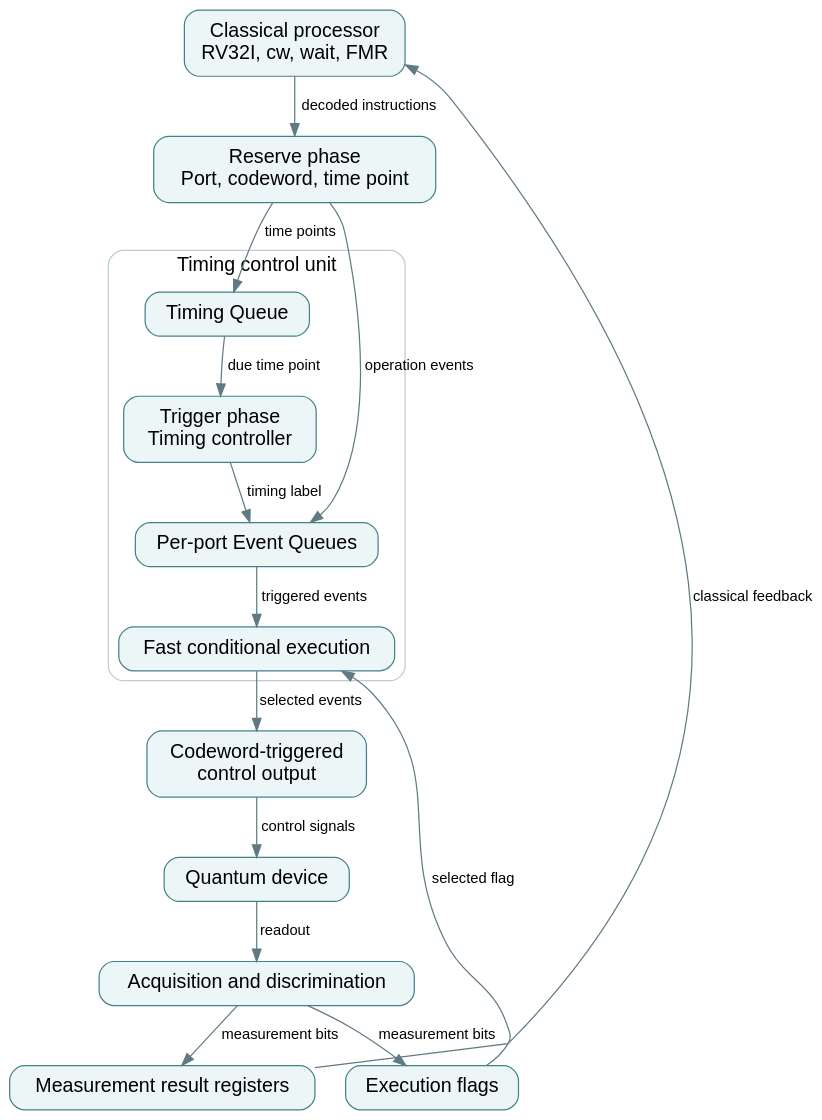
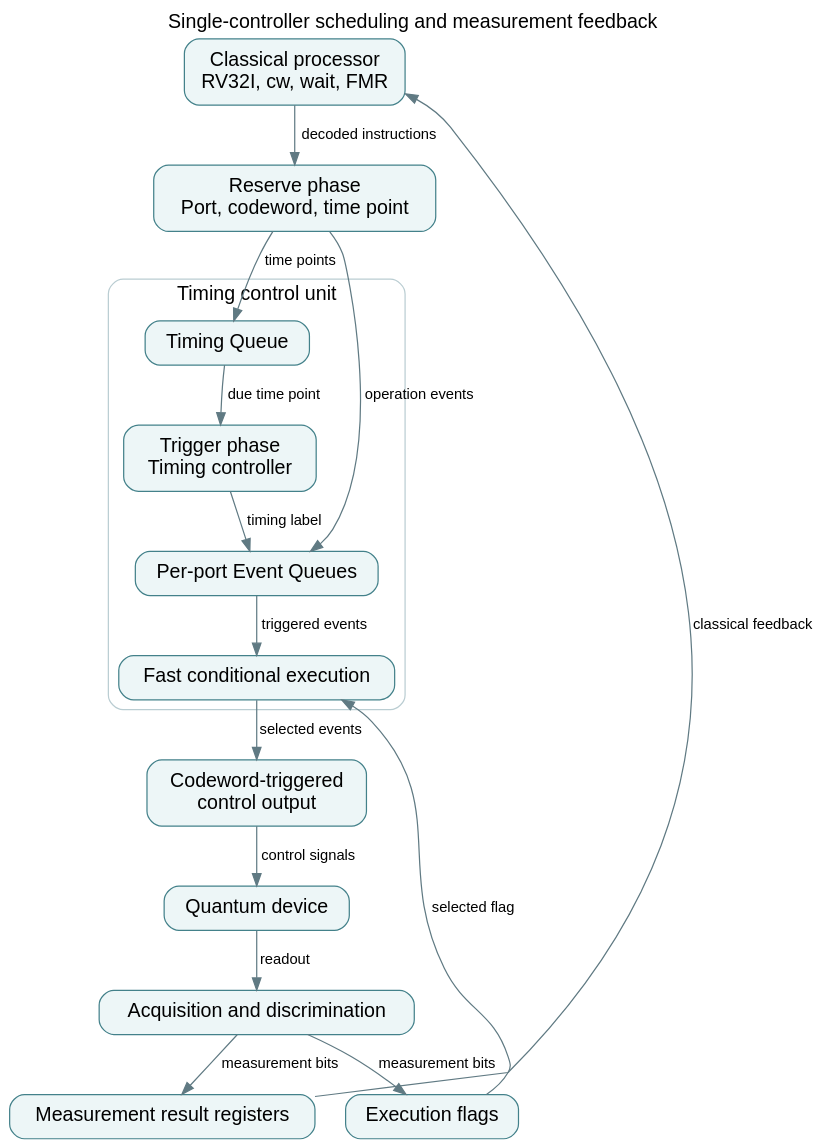
One commit to qsbit-org/qsbit-sim changed the diagram in docs/architecture.dot. Above: the diagram before and after it, drawn with Graphviz. The commit also changed 30 other files, not shown here.

```diff
--- a/docs/architecture.dot
+++ b/docs/architecture.dot
@@ -1,32 +1,32 @@
 digraph architecture {
-  graph [rankdir=TB, bgcolor="transparent", pad=0.2, nodesep=0.35, ranksep=0.5];
+  graph [label="Single-controller scheduling and measurement feedback", labelloc=t, fontname="sans-serif", fontsize=16, rankdir=TB, bgcolor="transparent", pad=0.2, nodesep=0.35, ranksep=0.5];
   node [shape=box, style="rounded,filled", fillcolor="#edf6f7", color="#43818a", fontname="sans-serif", fontsize=16, margin="0.18,0.12", target="_top"];
   edge [color="#607a83", fontname="sans-serif", fontsize=12];
   cpu [label="Classical processor\nRV32I, cw, wait, FMR", href="modules/cpu-cycle-model.html"];
   reserve [label="Reserve phase\nPort, codeword, time point", href="modules/reserve-phase.html"];
   subgraph cluster_tcu {
     label="Timing control unit"; color="#bacdd2"; style="rounded"; fontname="sans-serif"; fontsize=16;
     timing [label="Timing Queue", href="modules/timing-queue.html"];
     events [label="Per-port Event Queues", href="modules/per-port-event-queues.html"];
     trigger [label="Trigger phase\nTiming controller", href="modules/timing-controller.html"];
     conditional [label="Fast conditional execution", href="modules/conditional-execution.html"];
   }
   output [label="Codeword-triggered\ncontrol output", href="modules/control-output.html"];
   device [label="Quantum device", href="modules/quantum-device-model.html"];
   measurement [label="Acquisition and discrimination", href="modules/acquisition-and-discrimination.html"];
   results [label="Measurement result registers", href="modules/measurement-registers.html"];
   flags [label="Execution flags", href="modules/execution-flags.html"];
   cpu -> reserve [label="decoded instructions"];
   reserve -> timing [label="time points"];
   reserve -> events [label="operation events"];
   timing -> trigger [label="due time point"];
   trigger -> events [label="timing label"];
   events -> conditional [label="triggered events"];
   conditional -> output [label="selected events"];
   output -> device [label="control signals"];
   device -> measurement [label="readout"];
   measurement -> results [label="measurement bits"];
   results -> cpu [label="classical feedback", constraint=false];
   measurement -> flags [label="measurement bits"];
   flags -> conditional [label="selected flag", constraint=false];
 }
```
